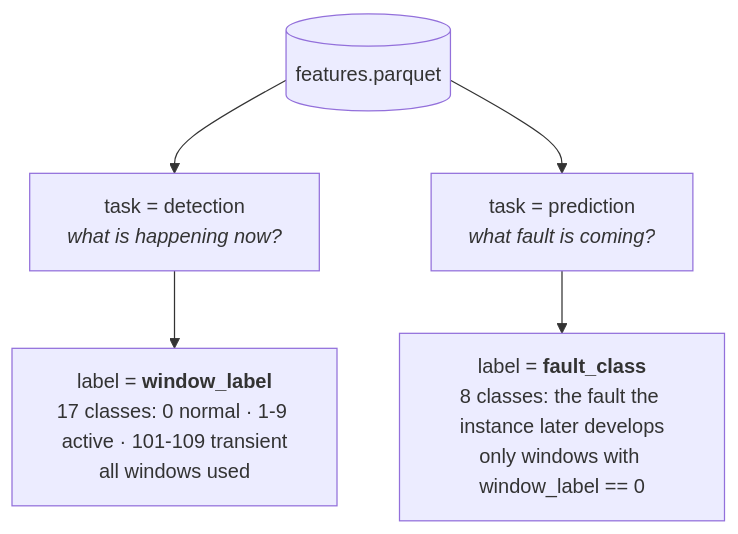
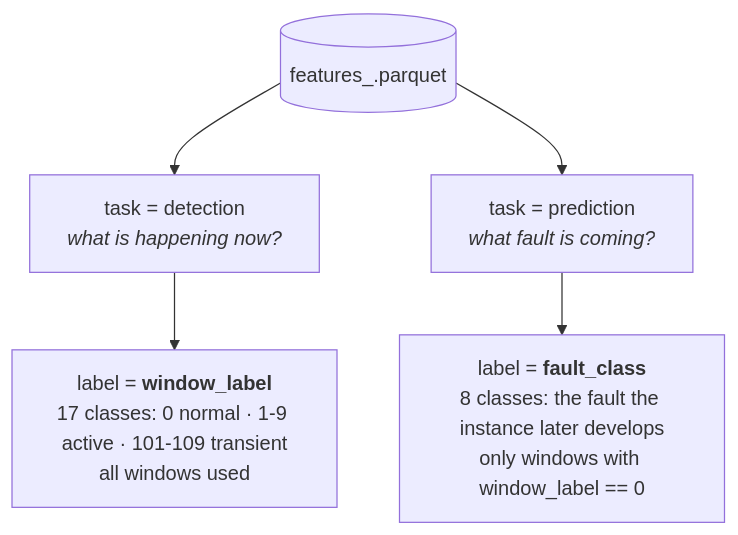
One commit to Thiago-TP/flow-assurance-ml changed the second of 3 diagrams in README.md. Above: the diagram before and after it, drawn with Mermaid. The commit also changed other lines of this file, not shown here.

````diff
--- a/README.md
+++ b/README.md
@@ -39,7 +39,7 @@
 ```mermaid
 flowchart TD
-    P[("features.parquet")] --> DET["task = detection<br/><i>what is happening now?</i>"]
+    P[("features_<norm>.parquet")] --> DET["task = detection<br/><i>what is happening now?</i>"]
     P --> PRED["task = prediction<br/><i>what fault is coming?</i>"]
     DET --> DL["label = <b>window_label</b><br/>17 classes: 0 normal · 1-9 active · 101-109 transient<br/>all windows used"]
     PRED --> PL["label = <b>fault_class</b><br/>8 classes: the fault the instance later develops<br/>only windows with window_label == 0"]
 ```
````
